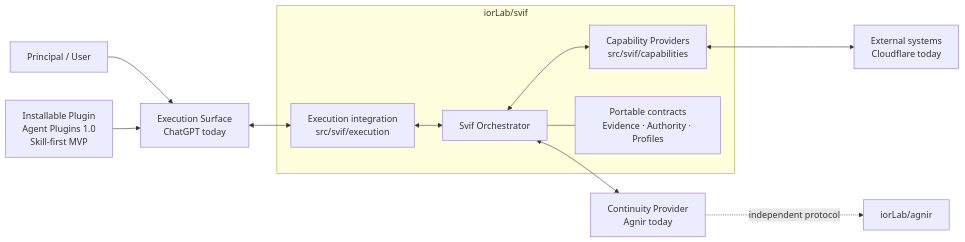
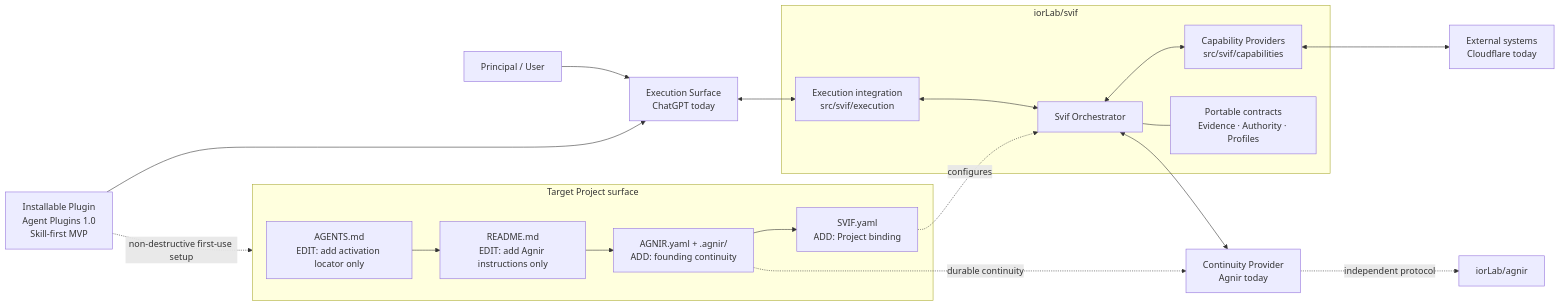
One commit to iorLab/svif changed the first of 2 diagrams in README.md. Above: the diagram before and after it, drawn with Mermaid. The commit also changed other lines of this file and 5 other files, not shown here.

Commit message:
docs: explain non-destructive Svif first-use surface

````diff
--- a/README.md
+++ b/README.md
@@ -46,22 +67,33 @@
 ```mermaid
 flowchart LR
     P[Principal / User] --> E[Execution Surface\nChatGPT today]
 
     D[Installable Plugin\nAgent Plugins 1.0\nSkill-first MVP] --> E
+    D -. non-destructive first-use setup .-> T
+
+    subgraph T[Target Project surface]
+        G[AGENTS.md\nEDIT: add activation locator only]
+        H[README.md\nEDIT: add Agnir instructions only]
+        Q[AGNIR.yaml + .agnir/\nADD: founding continuity]
+        B[SVIF.yaml\nADD: Project binding]
+        G --> H --> Q --> B
+    end
 
     subgraph S[iorLab/svif]
         O[Svif Orchestrator]
         X[Execution integration\nsrc/svif/execution]
         K[Capability Providers\nsrc/svif/capabilities]
         R[Portable contracts\nEvidence · Authority · Profiles]
         O --- R
         X <--> O
         O <--> K
     end
 
     E <--> X
+    B -. configures .-> O
     O <--> C[Continuity Provider\nAgnir today]
+    Q -. durable continuity .-> C
     K <--> F[External systems\nCloudflare today]
 
     C -. independent protocol .-> A[iorLab/agnir]
 ```
````
